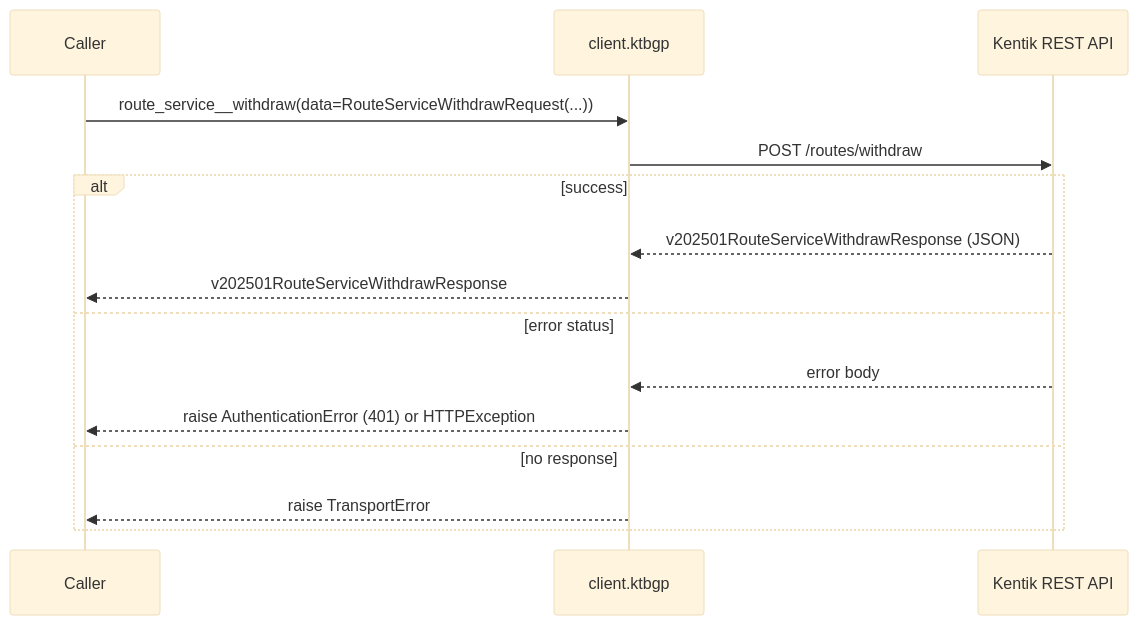
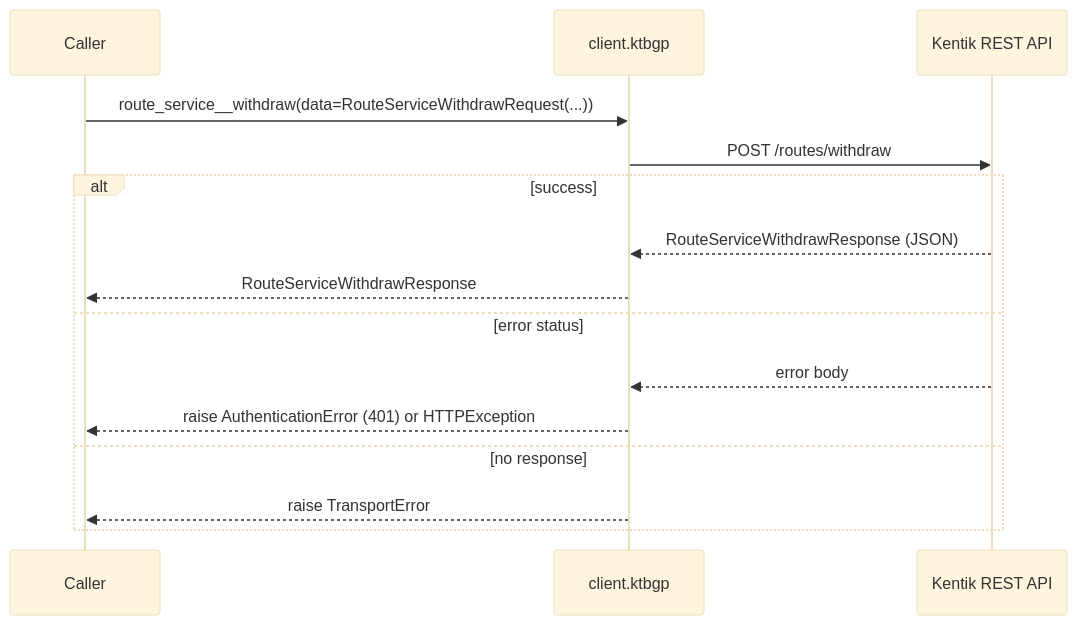
One commit to alexdearaujo/community_sdk_python changed the sixth of 8 diagrams in docs/sphinx/services/ktbgp.md. Above: the diagram before and after it, drawn with Mermaid (base theme). The commit also changed other lines of this file and 38 other files, not shown here.

````diff
--- a/docs/sphinx/services/ktbgp.md
+++ b/docs/sphinx/services/ktbgp.md
@@ -184,18 +184,18 @@
 ```mermaid
 sequenceDiagram
     participant C as Caller
     participant W as client.ktbgp
     participant API as Kentik REST API
 
     C->>W: route_service__withdraw(data=RouteServiceWithdrawRequest(...))
     W->>API: POST /routes/withdraw
     alt success
-        API-->>W: v202501RouteServiceWithdrawResponse (JSON)
-        W-->>C: v202501RouteServiceWithdrawResponse
+        API-->>W: RouteServiceWithdrawResponse (JSON)
+        W-->>C: RouteServiceWithdrawResponse
     else error status
         API-->>W: error body
         W-->>C: raise AuthenticationError (401) or HTTPException
     else no response
         W-->>C: raise TransportError
     end
 ```
````
